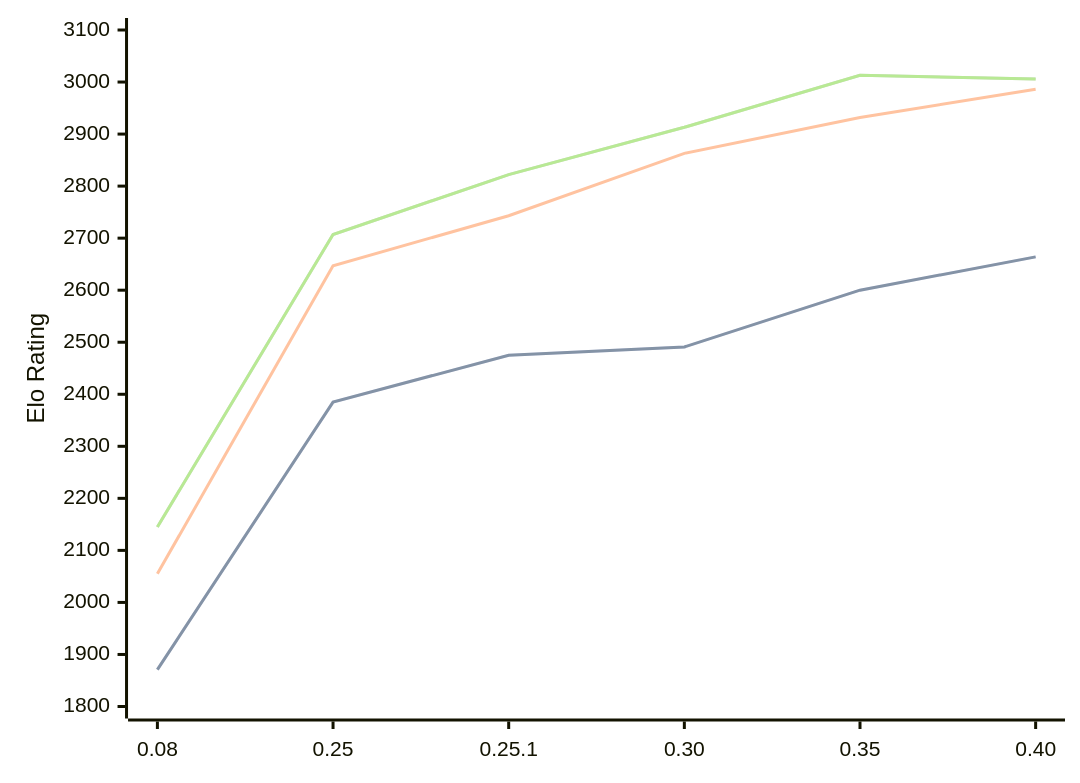
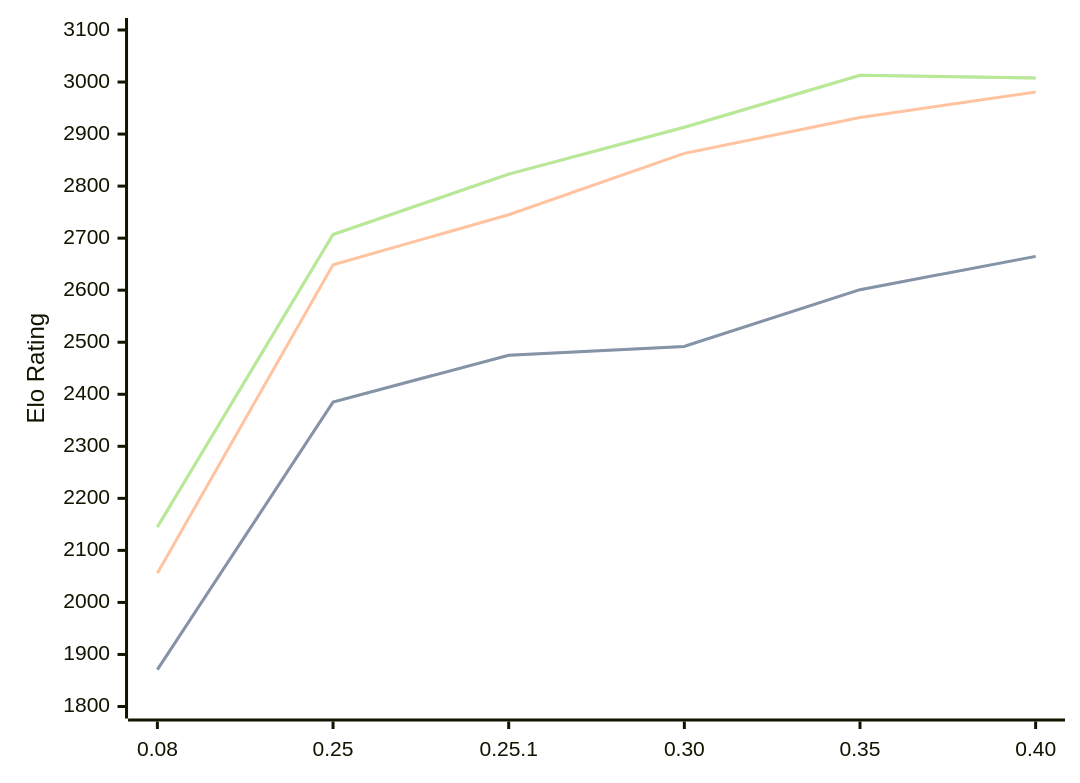
One commit to computer-chess-index/cci changed the first of 3 diagrams in engines/Gecko.md. Above: the diagram before and after it, drawn with Mermaid. The commit also changed other lines of this file, not shown here.

Commit message:
Update CCI Ratings (ELO VLTC) - 2026-06-22

````diff
--- a/engines/Gecko.md
+++ b/engines/Gecko.md
@@ -36,11 +36,11 @@
 ```mermaid
 %%{init: {"theme":"base","themeVariables":{"seriesColors:['#a3a3a3','#222221','#faa371']}}}%%
 xychart-beta
   x-axis ["0.08", "0.25", "0.25.1", "0.30", "0.35", "0.40"]
   y-axis "Elo Rating" 1800 --> 3100
-  line "STC (8.0+0.08s)" [1871, 2385, 2475, 2491, 2600, 2664]
-  line "STC (8.0+0.08s)" [1871, 2385, 2475, 2491, 2600, 2664]
-  line "LTC (60.0+0.60s)" [2055, 2647, 2743, 2863, 2932, 2986]
-  line "VLTC (2m24s+1.12s)" [2145, 2707, 2822, 2913, 3013, 3006]
-  line "VLTC (2m24s+1.12s)" [2145, 2707, 2822, 2913, 3013, 3006]
+  line "STC (8.0+0.08s)" [1871, 2385, 2475, 2492, 2601, 2665]
+  line "STC (8.0+0.08s)" [1871, 2385, 2475, 2492, 2601, 2665]
+  line "LTC (60.0+0.60s)" [2056, 2649, 2745, 2863, 2932, 2981]
+  line "VLTC (2m24s+1.12s)" [2145, 2707, 2823, 2913, 3013, 3008]
+  line "VLTC (2m24s+1.12s)" [2145, 2707, 2823, 2913, 3013, 3008]
 ```
````
